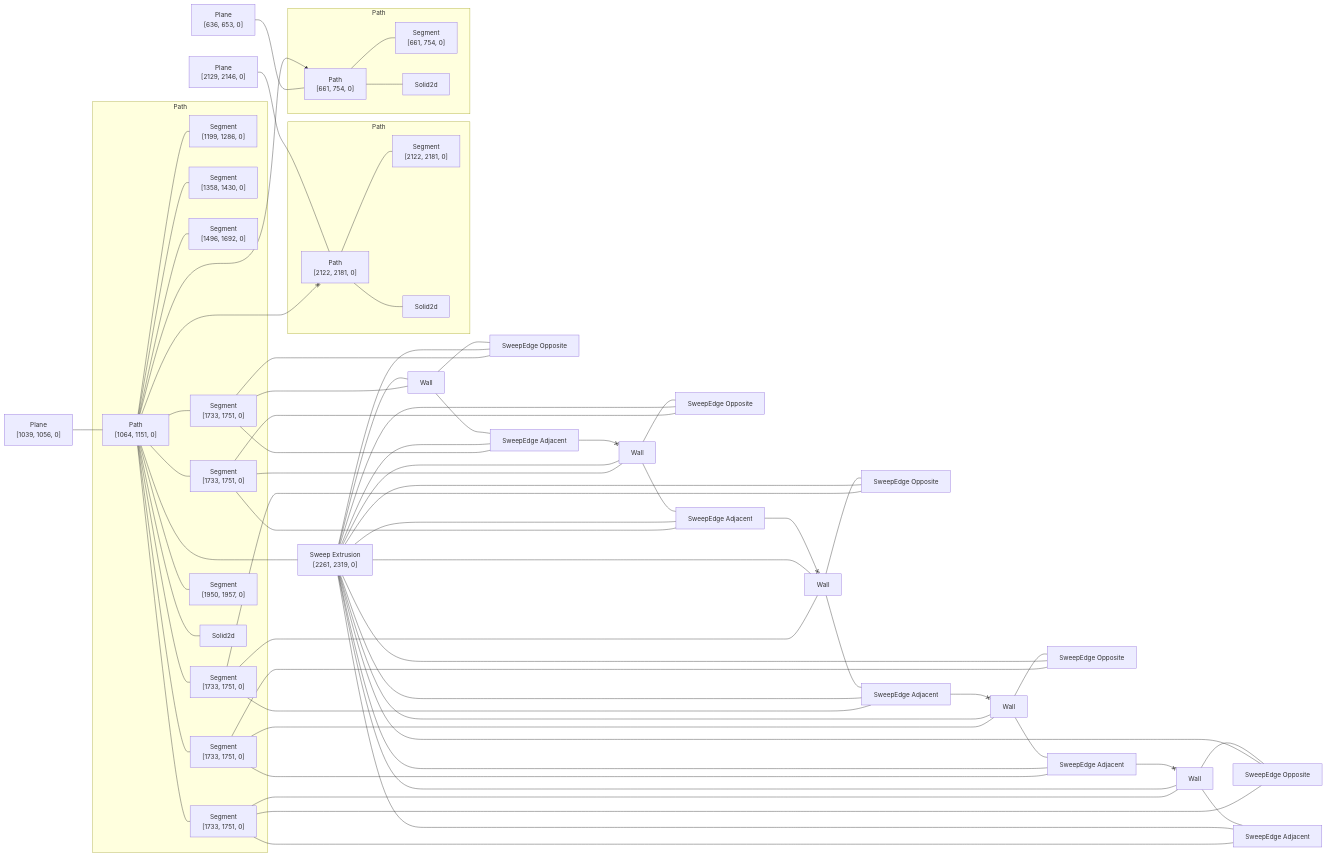
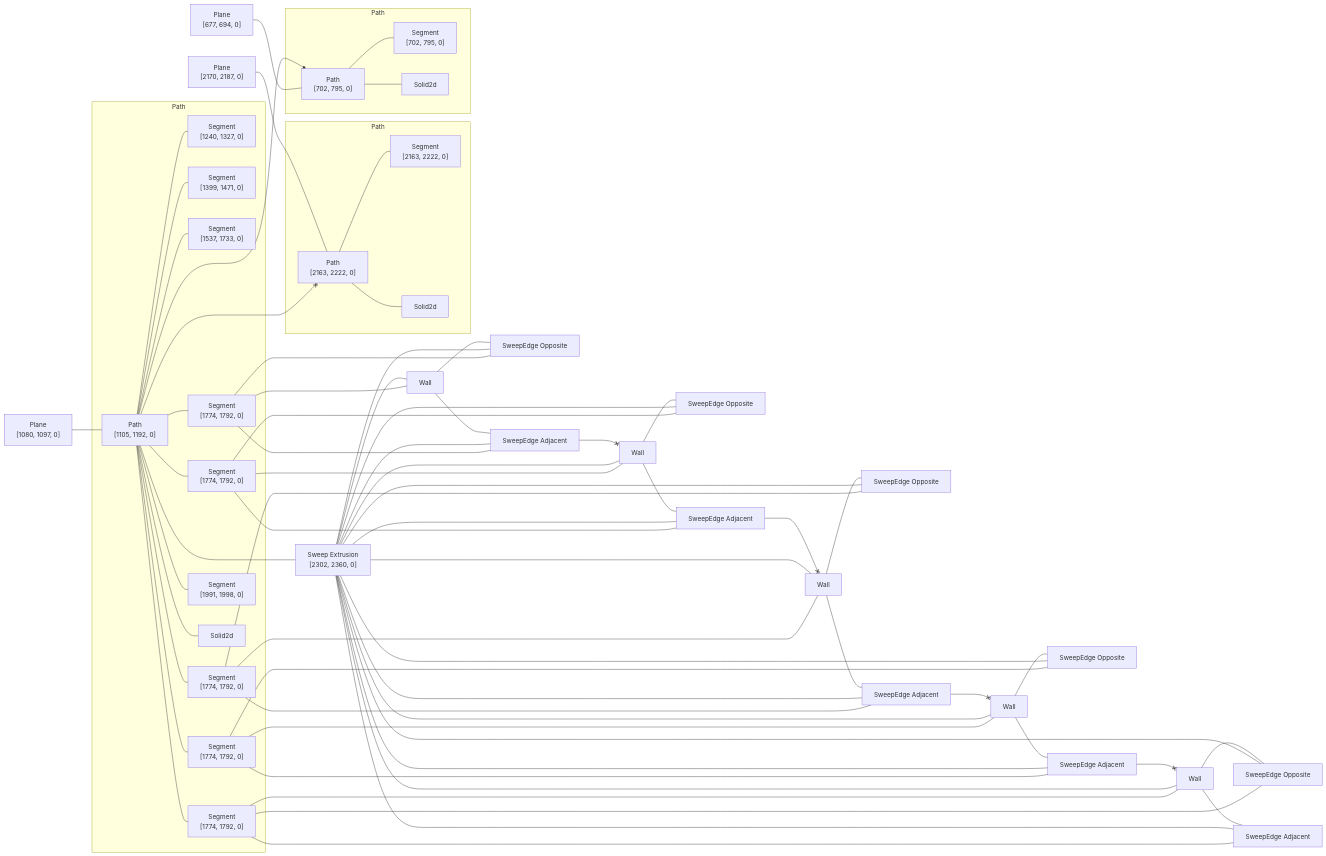
Before and after one commit to KittyCAD/modeling-app: the diagram in rust/kcl-lib/tests/kcl_samples/sprocket/artifact_graph_flowchart.snap.md, drawn with Mermaid. The commit also changed 319 other files, not shown here.

````diff
--- a/rust/kcl-lib/tests/kcl_samples/sprocket/artifact_graph_flowchart.snap.md
+++ b/rust/kcl-lib/tests/kcl_samples/sprocket/artifact_graph_flowchart.snap.md
@@ -1,49 +1,49 @@
 ```mermaid
 flowchart LR
   subgraph path2 [Path]
-    2["Path<br>[661, 754, 0]"]
+    2["Path<br>[702, 795, 0]"]
       %% [ProgramBodyItem { index: 4 }, VariableDeclarationDeclaration, VariableDeclarationInit, FunctionExpressionBody, FunctionExpressionBodyItem { index: 2 }, VariableDeclarationDeclaration, VariableDeclarationInit, PipeBodyItem { index: 1 }]
-    3["Segment<br>[661, 754, 0]"]
+    3["Segment<br>[702, 795, 0]"]
       %% [ProgramBodyItem { index: 4 }, VariableDeclarationDeclaration, VariableDeclarationInit, FunctionExpressionBody, FunctionExpressionBodyItem { index: 2 }, VariableDeclarationDeclaration, VariableDeclarationInit, PipeBodyItem { index: 1 }]
     4[Solid2d]
   end
   subgraph path6 [Path]
-    6["Path<br>[1064, 1151, 0]"]
+    6["Path<br>[1105, 1192, 0]"]
       %% [ProgramBodyItem { index: 4 }, VariableDeclarationDeclaration, VariableDeclarationInit, FunctionExpressionBody, FunctionExpressionBodyItem { index: 3 }, VariableDeclarationDeclaration, VariableDeclarationInit, PipeBodyItem { index: 1 }]
-    7["Segment<br>[1199, 1286, 0]"]
+    7["Segment<br>[1240, 1327, 0]"]
       %% [ProgramBodyItem { index: 4 }, VariableDeclarationDeclaration, VariableDeclarationInit, FunctionExpressionBody, FunctionExpressionBodyItem { index: 3 }, VariableDeclarationDeclaration, VariableDeclarationInit, PipeBodyItem { index: 2 }]
-    8["Segment<br>[1358, 1430, 0]"]
+    8["Segment<br>[1399, 1471, 0]"]
       %% [ProgramBodyItem { index: 4 }, VariableDeclarationDeclaration, VariableDeclarationInit, FunctionExpressionBody, FunctionExpressionBodyItem { index: 3 }, VariableDeclarationDeclaration, VariableDeclarationInit, PipeBodyItem { index: 3 }]
-    9["Segment<br>[1496, 1692, 0]"]
+    9["Segment<br>[1537, 1733, 0]"]
       %% [ProgramBodyItem { index: 4 }, VariableDeclarationDeclaration, VariableDeclarationInit, FunctionExpressionBody, FunctionExpressionBodyItem { index: 3 }, VariableDeclarationDeclaration, VariableDeclarationInit, PipeBodyItem { index: 4 }]
-    10["Segment<br>[1733, 1751, 0]"]
+    10["Segment<br>[1774, 1792, 0]"]
       %% [ProgramBodyItem { index: 4 }, VariableDeclarationDeclaration, VariableDeclarationInit, FunctionExpressionBody, FunctionExpressionBodyItem { index: 3 }, VariableDeclarationDeclaration, VariableDeclarationInit, PipeBodyItem { index: 5 }]
-    11["Segment<br>[1733, 1751, 0]"]
+    11["Segment<br>[1774, 1792, 0]"]
       %% [ProgramBodyItem { index: 4 }, VariableDeclarationDeclaration, VariableDeclarationInit, FunctionExpressionBody, FunctionExpressionBodyItem { index: 3 }, VariableDeclarationDeclaration, VariableDeclarationInit, PipeBodyItem { index: 5 }]
-    12["Segment<br>[1733, 1751, 0]"]
+    12["Segment<br>[1774, 1792, 0]"]
       %% [ProgramBodyItem { index: 4 }, VariableDeclarationDeclaration, VariableDeclarationInit, FunctionExpressionBody, FunctionExpressionBodyItem { index: 3 }, VariableDeclarationDeclaration, VariableDeclarationInit, PipeBodyItem { index: 5 }]
-    13["Segment<br>[1733, 1751, 0]"]
+    13["Segment<br>[1774, 1792, 0]"]
       %% [ProgramBodyItem { index: 4 }, VariableDeclarationDeclaration, VariableDeclarationInit, FunctionExpressionBody, FunctionExpressionBodyItem { index: 3 }, VariableDeclarationDeclaration, VariableDeclarationInit, PipeBodyItem { index: 5 }]
-    14["Segment<br>[1733, 1751, 0]"]
+    14["Segment<br>[1774, 1792, 0]"]
       %% [ProgramBodyItem { index: 4 }, VariableDeclarationDeclaration, VariableDeclarationInit, FunctionExpressionBody, FunctionExpressionBodyItem { index: 3 }, VariableDeclarationDeclaration, VariableDeclarationInit, PipeBodyItem { index: 5 }]
-    15["Segment<br>[1950, 1957, 0]"]
+    15["Segment<br>[1991, 1998, 0]"]
       %% [ProgramBodyItem { index: 4 }, VariableDeclarationDeclaration, VariableDeclarationInit, FunctionExpressionBody, FunctionExpressionBodyItem { index: 3 }, VariableDeclarationDeclaration, VariableDeclarationInit, PipeBodyItem { index: 7 }]
     16[Solid2d]
   end
   subgraph path18 [Path]
-    18["Path<br>[2122, 2181, 0]"]
+    18["Path<br>[2163, 2222, 0]"]
       %% [ProgramBodyItem { index: 4 }, VariableDeclarationDeclaration, VariableDeclarationInit, FunctionExpressionBody, FunctionExpressionBodyItem { index: 4 }, VariableDeclarationDeclaration, VariableDeclarationInit, CallKwArg { index: 0 }, ArrayElement { index: 0 }]
-    19["Segment<br>[2122, 2181, 0]"]
+    19["Segment<br>[2163, 2222, 0]"]
       %% [ProgramBodyItem { index: 4 }, VariableDeclarationDeclaration, VariableDeclarationInit, FunctionExpressionBody, FunctionExpressionBodyItem { index: 4 }, VariableDeclarationDeclaration, VariableDeclarationInit, CallKwArg { index: 0 }, ArrayElement { index: 0 }]
     20[Solid2d]
   end
-  1["Plane<br>[636, 653, 0]"]
+  1["Plane<br>[677, 694, 0]"]
     %% [ProgramBodyItem { index: 4 }, VariableDeclarationDeclaration, VariableDeclarationInit, FunctionExpressionBody, FunctionExpressionBodyItem { index: 2 }, VariableDeclarationDeclaration, VariableDeclarationInit, PipeBodyItem { index: 0 }]
-  5["Plane<br>[1039, 1056, 0]"]
+  5["Plane<br>[1080, 1097, 0]"]
     %% [ProgramBodyItem { index: 4 }, VariableDeclarationDeclaration, VariableDeclarationInit, FunctionExpressionBody, FunctionExpressionBodyItem { index: 3 }, VariableDeclarationDeclaration, VariableDeclarationInit, PipeBodyItem { index: 0 }]
-  17["Plane<br>[2129, 2146, 0]"]
+  17["Plane<br>[2170, 2187, 0]"]
     %% [ProgramBodyItem { index: 4 }, VariableDeclarationDeclaration, VariableDeclarationInit, FunctionExpressionBody, FunctionExpressionBodyItem { index: 4 }, VariableDeclarationDeclaration, VariableDeclarationInit, CallKwArg { index: 0 }, ArrayElement { index: 0 }, CallKwUnlabeledArg]
-  21["Sweep Extrusion<br>[2261, 2319, 0]"]
+  21["Sweep Extrusion<br>[2302, 2360, 0]"]
     %% [ProgramBodyItem { index: 4 }, VariableDeclarationDeclaration, VariableDeclarationInit, FunctionExpressionBody, FunctionExpressionBodyItem { index: 5 }, VariableDeclarationDeclaration, VariableDeclarationInit]
   22[Wall]
     %% face_code_ref=Missing NodePath
````
